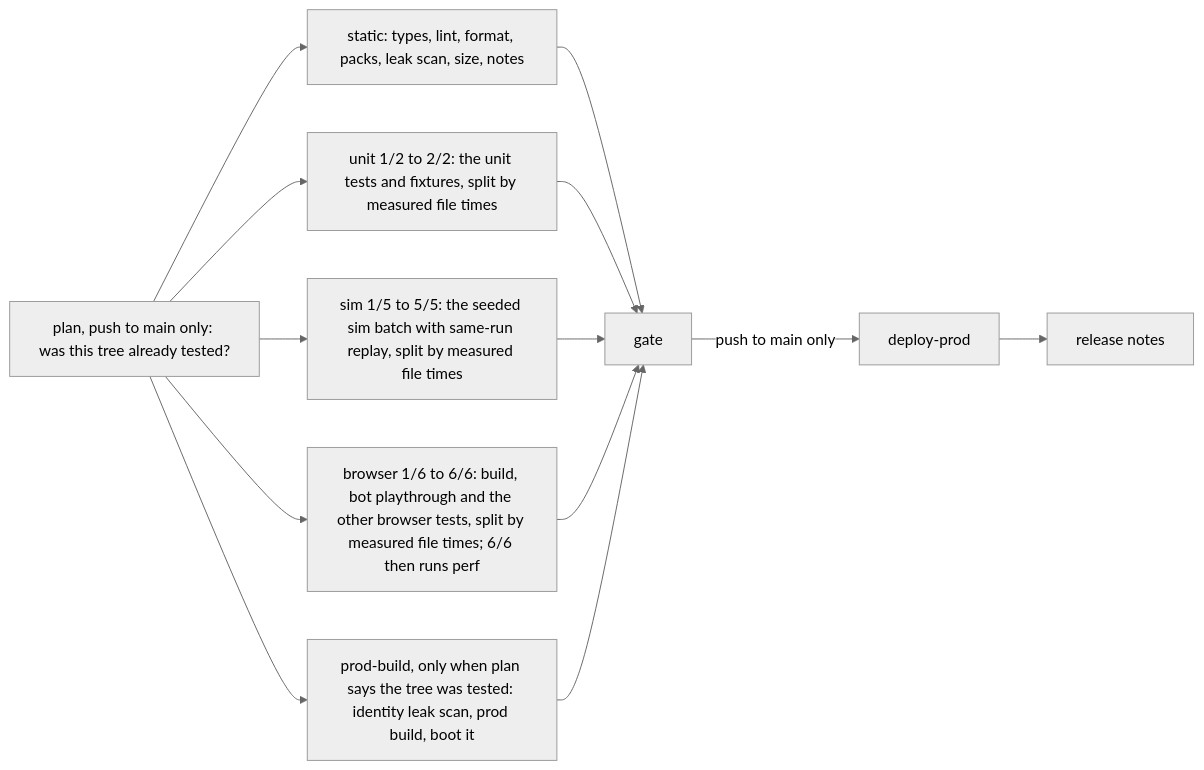
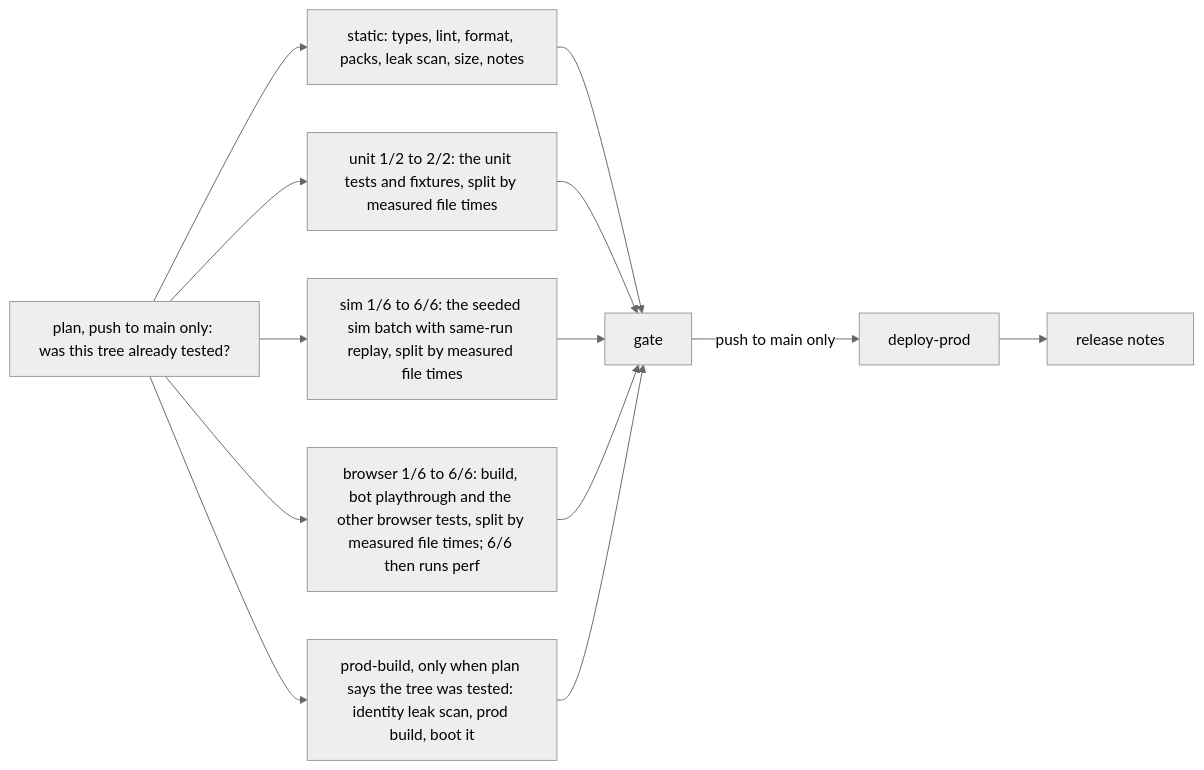
The diagram in docs/engineering.md (joshuasundance-swca/throttlebrawl), drawn with Mermaid (neutral theme) before and after one commit. The commit also changed other lines of this file and 7 other files, not shown here.

````diff
--- a/docs/engineering.md
+++ b/docs/engineering.md
@@ -271,11 +271,11 @@
 ```mermaid
 flowchart LR
   A[static: types, lint, format, packs, leak scan, size, notes] --> G[gate]
   U[unit 1/2 to 2/2: the unit tests and fixtures, split by measured file times] --> G
   P[plan, push to main only: was this tree already tested?] --> A & U & S & C & B
-  S[sim 1/5 to 5/5: the seeded sim batch with same-run replay, split by measured file times] --> G
+  S[sim 1/6 to 6/6: the seeded sim batch with same-run replay, split by measured file times] --> G
   C[browser 1/6 to 6/6: build, bot playthrough and the other browser tests, split by measured file times; 6/6 then runs perf] --> G
   B[prod-build, only when plan says the tree was tested: identity leak scan, prod build, boot it] --> G
   G -->|push to main only| D[deploy-prod]
   D --> R[release notes]
 ```
````
